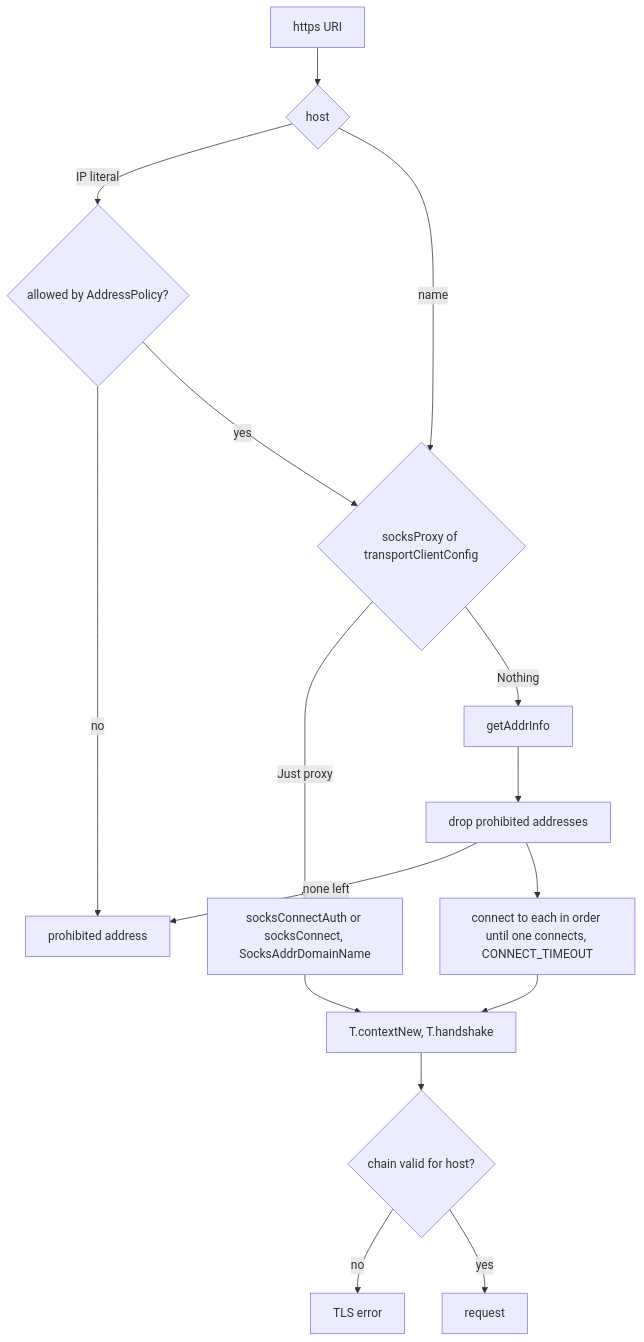
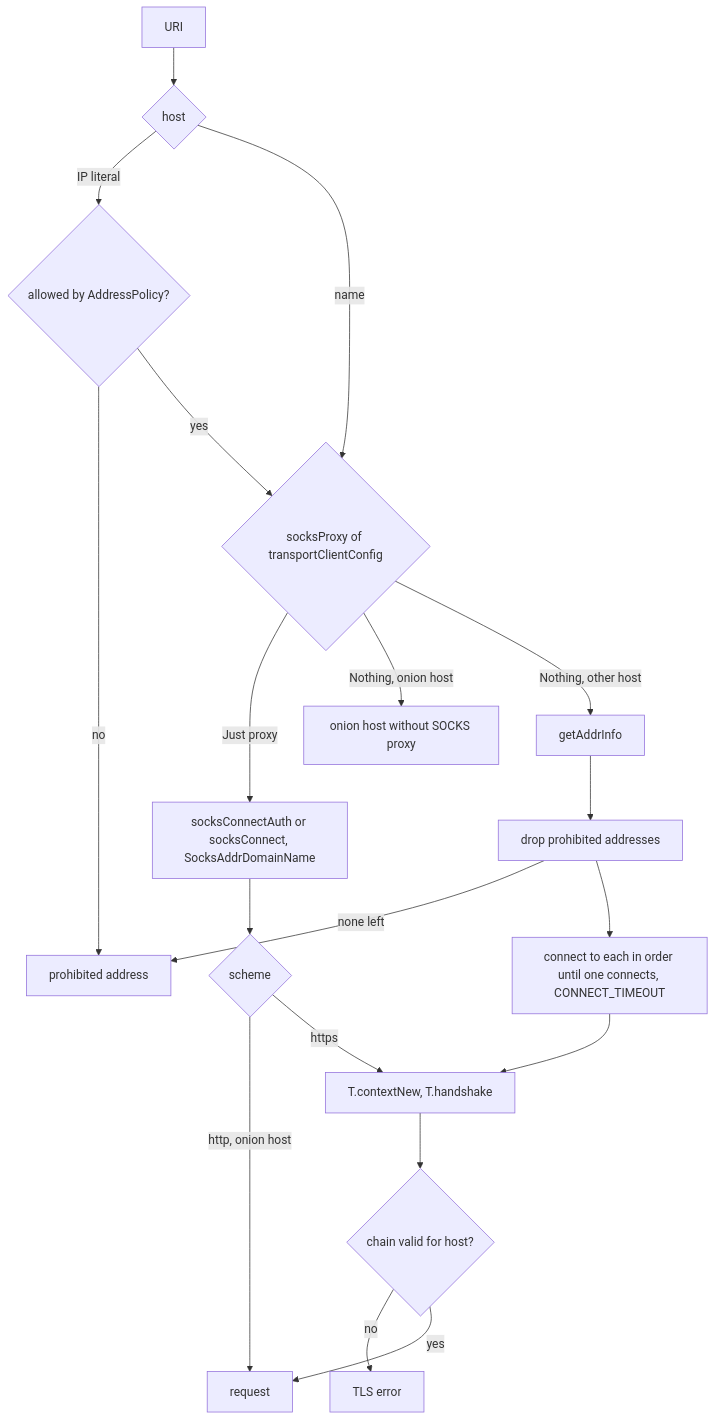
Before and after one commit to simplex-chat/simplex-chat: the fourth of 7 diagrams in plans/2026-11-21-link-previews-core.md, drawn with Mermaid. The commit also changed other lines of this file, not shown here.

Commit message:
docs: link preview plan with onion links and message size decisions

````diff
--- a/plans/2026-11-21-link-previews-core.md
+++ b/plans/2026-11-21-link-previews-core.md
@@ -189,18 +202,21 @@
 ```mermaid
 flowchart TD
-  U["https URI"] --> H{"host"}
+  U["URI"] --> H{"host"}
   H -->|"IP literal"| L{"allowed by AddressPolicy?"}
   L -->|no| X["prohibited address"]
   H -->|"name"| S
   L -->|yes| S{"socksProxy of transportClientConfig"}
   S -->|"Just proxy"| SP["socksConnectAuth or socksConnect, SocksAddrDomainName"]
-  S -->|"Nothing"| D["getAddrInfo"]
+  S -->|"Nothing, onion host"| XO["onion host without SOCKS proxy"]
+  S -->|"Nothing, other host"| D["getAddrInfo"]
   D --> F["drop prohibited addresses"]
   F -->|none left| X
   F --> TC["connect to each in order until one connects, CONNECT_TIMEOUT"]
-  SP --> TLS["T.contextNew, T.handshake"]
+  SP --> SC{"scheme"}
+  SC -->|"http, onion host"| R["request"]
+  SC -->|https| TLS["T.contextNew, T.handshake"]
   TC --> TLS
   TLS --> V{"chain valid for host?"}
   V -->|no| E["TLS error"]
-  V -->|yes| R["request"]
+  V -->|yes| R
 ```
````
